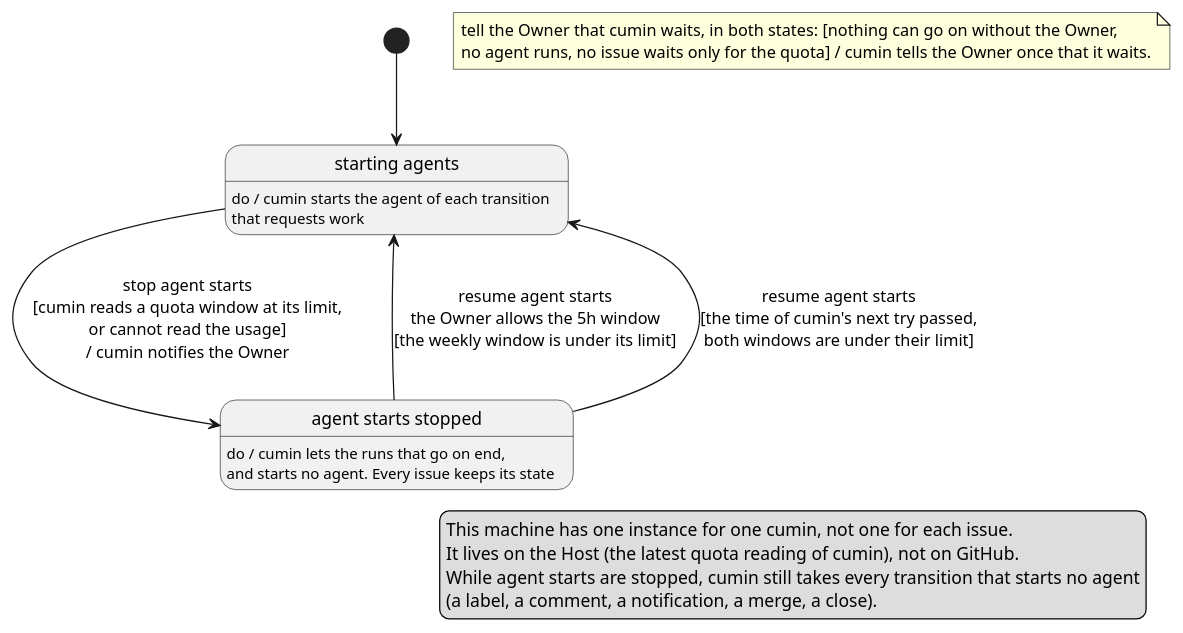
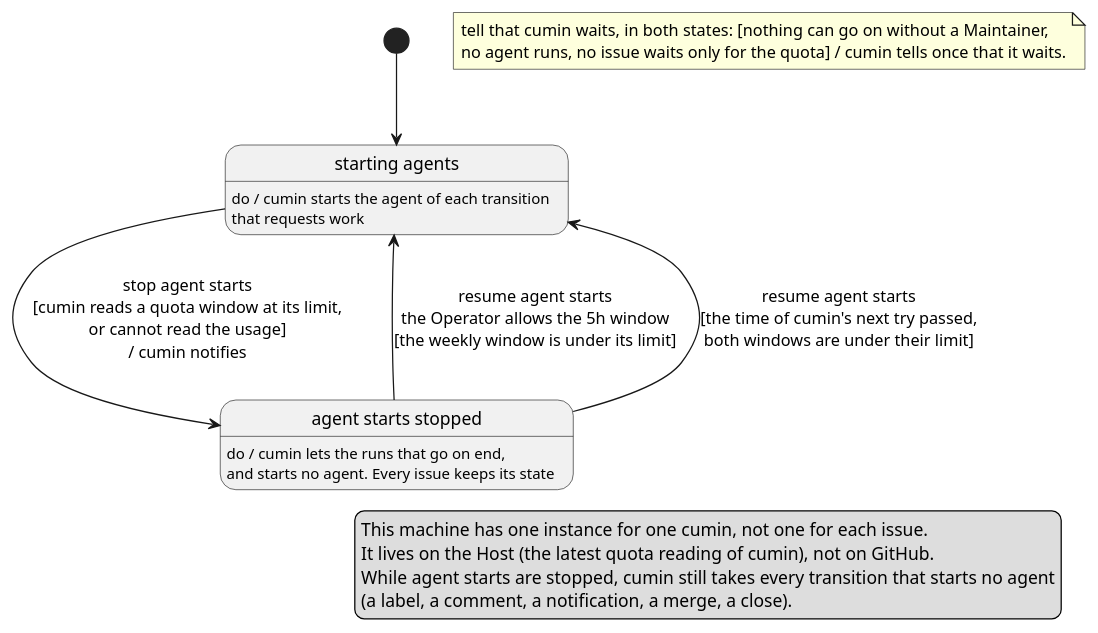
The diagram in docs/ja/requirements/workflow/agent-start-states.puml (cloveclovedev/cumin-works), drawn with PlantUML before and after one commit. The commit also changed 10 other files, not shown here.

First line of the commit message:
docs(requirements): use the three names and the new transition names in the states of an issue (#585)

```diff
--- a/docs/ja/requirements/workflow/agent-start-states.puml
+++ b/docs/ja/requirements/workflow/agent-start-states.puml
@@ -1,28 +1,28 @@
 @startuml agent-start-states
 ' cumin works - the state of cumin itself for the starts of agents (quota). the quota transitions of issue-states.md
 ' are transitions of this machine, not of an issue.
 ' Render: run scripts/render-diagrams.sh at the root of the repository.
 
 hide empty description
 
 state "starting agents" as Starting
 Starting : do / cumin starts the agent of each transition\nthat requests work
 
 state "agent starts stopped" as Stopped
 Stopped : do / cumin lets the runs that go on end,\nand starts no agent. Every issue keeps its state
 
 [*] --> Starting
-Starting --> Stopped : stop agent starts\n[cumin reads a quota window at its limit,\nor cannot read the usage]\n/ cumin notifies the Owner
-Stopped --> Starting : resume agent starts\nthe Owner allows the 5h window\n[the weekly window is under its limit]
+Starting --> Stopped : stop agent starts\n[cumin reads a quota window at its limit,\nor cannot read the usage]\n/ cumin notifies
+Stopped --> Starting : resume agent starts\nthe Operator allows the 5h window\n[the weekly window is under its limit]
 Stopped --> Starting : resume agent starts\n[the time of cumin's next try passed,\nboth windows are under their limit]
 
-note "tell the Owner that cumin waits, in both states: [nothing can go on without the Owner,\nno agent runs, no issue waits only for the quota] / cumin tells the Owner once that it waits." as Q4
+note "tell that cumin waits, in both states: [nothing can go on without a Maintainer,\nno agent runs, no issue waits only for the quota] / cumin tells once that it waits." as Q4
 
 legend right
   This machine has one instance for one cumin, not one for each issue.
   It lives on the Host (the latest quota reading of cumin), not on GitHub.
   While agent starts are stopped, cumin still takes every transition that starts no agent
   (a label, a comment, a notification, a merge, a close).
 endlegend
 
 @enduml
```
